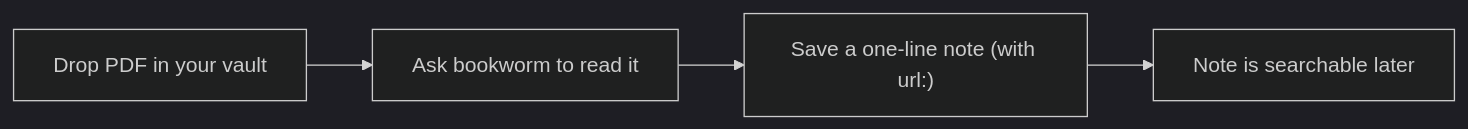
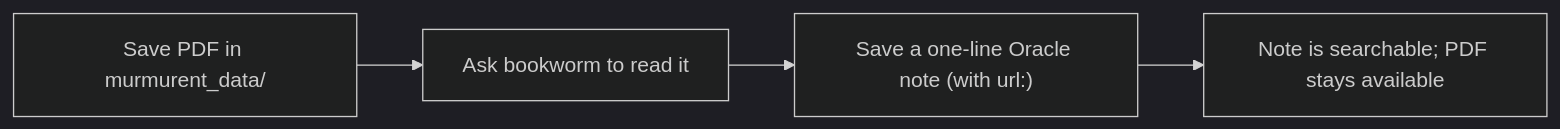
One commit to hallettmiket/murmurent changed the diagram in docs/vault_vignettes/4_add_a_manuscript.md. Above: the diagram before and after it, drawn with Mermaid (dark theme). The commit also changed other lines of this file and 6 other files, not shown here.

First line of the commit message:
docs: document murmurent_data/ as the vault's reference-file folder

````diff
--- a/docs/vault_vignettes/4_add_a_manuscript.md
+++ b/docs/vault_vignettes/4_add_a_manuscript.md
@@ -29,6 +30,6 @@
 ```mermaid
 flowchart LR
-    A[Drop PDF in your vault] --> B[Ask bookworm to read it]
-    B --> C["Save a one-line note (with url:)"]
-    C --> D[Note is searchable later]
+    A["Save PDF in murmurent_data/"] --> B["Ask bookworm to read it"]
+    B --> C["Save a one-line Oracle note (with url:)"]
+    C --> D["Note is searchable; PDF stays available"]
 ```
````
